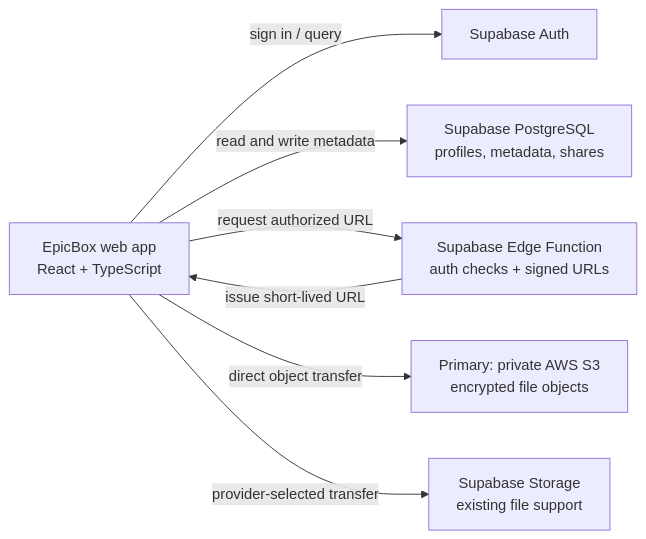
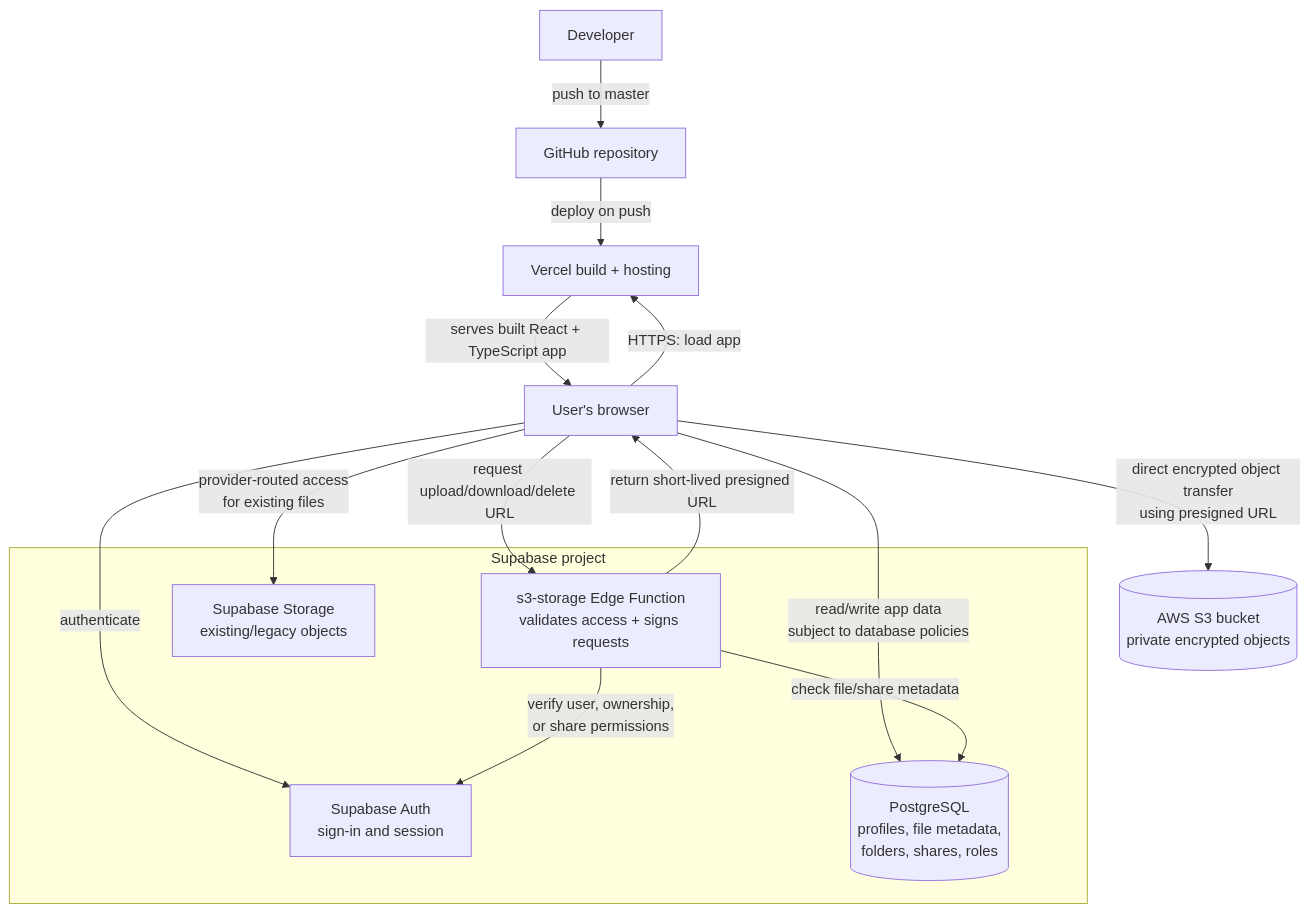
One commit to Deepparmar07/Epicbox changed the diagram in README.md. Above: the diagram before and after it, drawn with Mermaid. The commit also changed other lines of this file and 2 other files, not shown here.

Commit message:
Document S3-first environment and architecture
Add a server-side Edge Function environment example and document local S3 configuration, credentials handling, and the Vercel deployment architecture.

````diff
--- a/README.md
+++ b/README.md
@@ -68,16 +68,26 @@
 ```mermaid
-flowchart LR
-    Browser["EpicBox web app<br/>React + TypeScript"]
-    Auth["Supabase Auth"]
-    DB["Supabase PostgreSQL<br/>profiles, metadata, shares"]
-    Edge["Supabase Edge Function<br/>auth checks + signed URLs"]
-    S3["Primary: private AWS S3<br/>encrypted file objects"]
-    SupaStorage["Supabase Storage<br/>existing file support"]
+flowchart TB
+    Developer["Developer"] -->|"push to master"| GitHub["GitHub repository"]
+    GitHub -->|"deploy on push"| Vercel["Vercel build + hosting"]
 
-    Browser -->|"sign in / query"| Auth
-    Browser -->|"read and write metadata"| DB
-    Browser -->|"request authorized URL"| Edge
-    Edge -->|"issue short-lived URL"| Browser
-    Browser -->|"direct object transfer"| S3
-    Browser -->|"provider-selected transfer"| SupaStorage
+    Visitor["User's browser"] -->|"HTTPS: load app"| Vercel
+    Vercel -->|"serves built React + TypeScript app"| Visitor
+
+    subgraph Supabase["Supabase project"]
+        Auth["Supabase Auth<br/>sign-in and session"]
+        DB[("PostgreSQL<br/>profiles, file metadata,<br/>folders, shares, roles")]
+        Edge["s3-storage Edge Function<br/>validates access + signs requests"]
+        Legacy["Supabase Storage<br/>existing/legacy objects"]
+    end
+
+    S3[("AWS S3 bucket<br/>private encrypted objects")]
+
+    Visitor -->|"authenticate"| Auth
+    Visitor -->|"read/write app data<br/>subject to database policies"| DB
+    Visitor -->|"request upload/download/delete URL"| Edge
+    Edge -->|"verify user, ownership,<br/>or share permissions"| Auth
+    Edge -->|"check file/share metadata"| DB
+    Edge -->|"return short-lived presigned URL"| Visitor
+    Visitor -->|"direct encrypted object transfer<br/>using presigned URL"| S3
+    Visitor -->|"provider-routed access<br/>for existing files"| Legacy
 ```
````
